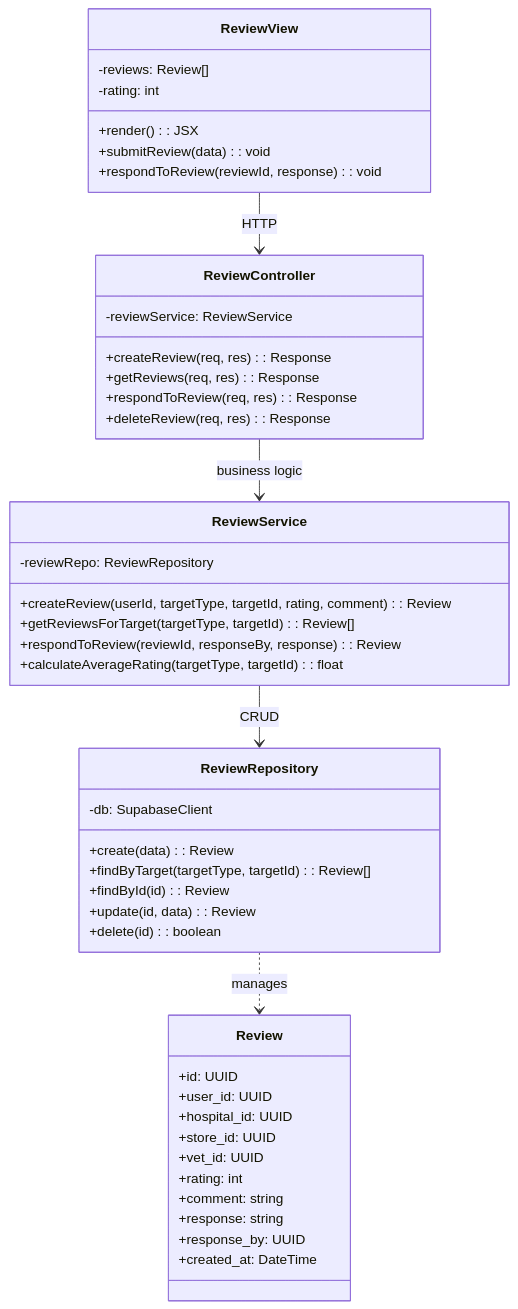
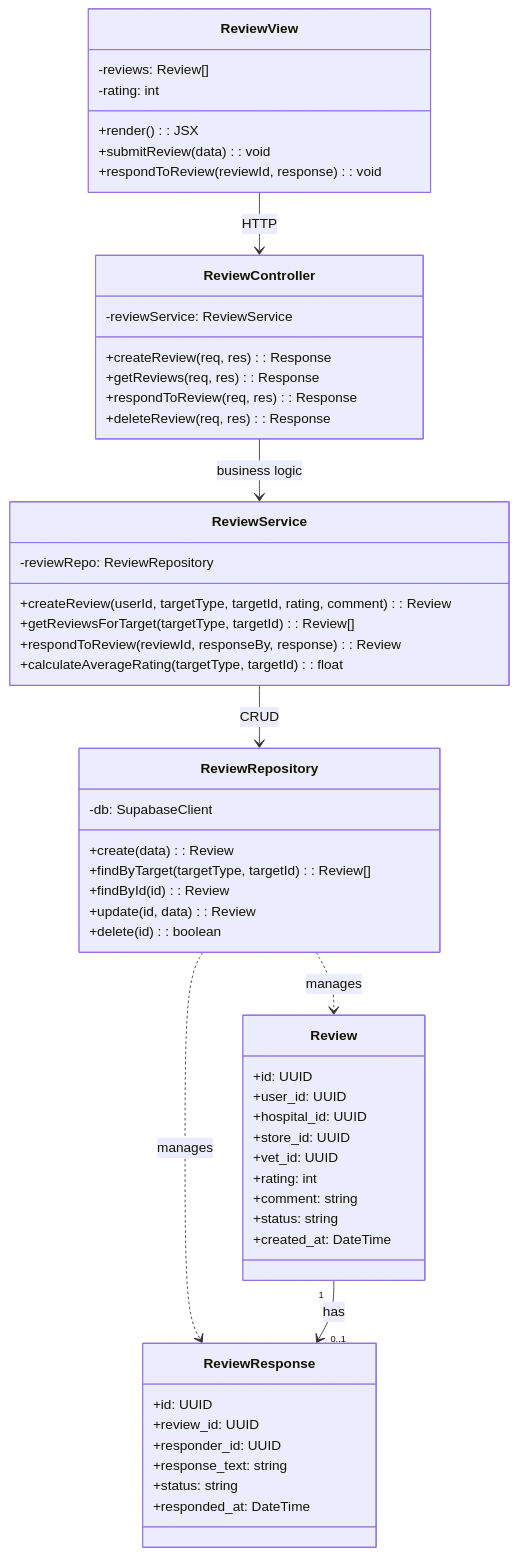
Before and after one commit to hixam001/purrfect-care: the eighth of 8 diagrams in docs/design/06-partial-class-diagrams.md, drawn with Mermaid. The commit also changed other lines of this file and 18 other files, not shown here.

Commit message:
Added code for StoreDashboardCustomization in TD Also added the diagram picture for it. Edited the swimlane diagram code for store StoreDashboard Organized all the diagrams into sub directories

````diff
--- a/docs/design/06-partial-class-diagrams.md
+++ b/docs/design/06-partial-class-diagrams.md
@@ -849,53 +849,63 @@
 ```mermaid
 classDiagram
     class ReviewView {
         -reviews: Review[]
         -rating: int
         +render(): JSX
         +submitReview(data): void
         +respondToReview(reviewId, response): void
     }
 
     class ReviewController {
         -reviewService: ReviewService
         +createReview(req, res): Response
         +getReviews(req, res): Response
         +respondToReview(req, res): Response
         +deleteReview(req, res): Response
     }
 
     class ReviewService {
         -reviewRepo: ReviewRepository
         +createReview(userId, targetType, targetId, rating, comment): Review
         +getReviewsForTarget(targetType, targetId): Review[]
         +respondToReview(reviewId, responseBy, response): Review
         +calculateAverageRating(targetType, targetId): float
     }
 
     class ReviewRepository {
         -db: SupabaseClient
         +create(data): Review
         +findByTarget(targetType, targetId): Review[]
         +findById(id): Review
         +update(id, data): Review
         +delete(id): boolean
     }
 
     class Review {
         +id: UUID
         +user_id: UUID
         +hospital_id: UUID
         +store_id: UUID
         +vet_id: UUID
         +rating: int
         +comment: string
-        +response: string
-        +response_by: UUID
+        +status: string
         +created_at: DateTime
+    }
+
+    class ReviewResponse {
+        +id: UUID
+        +review_id: UUID
+        +responder_id: UUID
+        +response_text: string
+        +status: string
+        +responded_at: DateTime
     }
 
     ReviewView --> ReviewController : HTTP
     ReviewController --> ReviewService : business logic
     ReviewService --> ReviewRepository : CRUD
     ReviewRepository ..> Review : manages
+    ReviewRepository ..> ReviewResponse : manages
+    Review "1" --> "0..1" ReviewResponse : has
 ```
````
